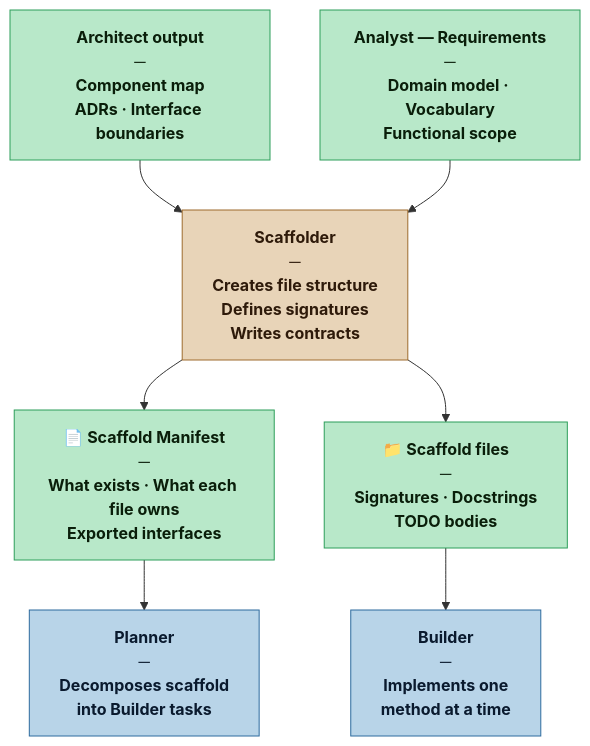
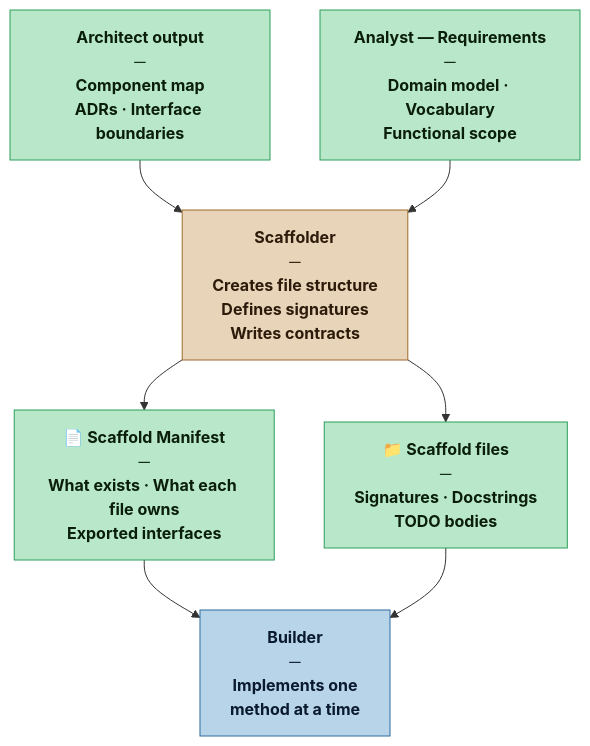
One commit to loskylp/Nexus-SDLC changed the diagram in agents/scaffolder.md. Above: the diagram before and after it, drawn with Mermaid. The commit also changed other lines of this file and 21 other files, not shown here.

````diff
--- a/agents/scaffolder.md
+++ b/agents/scaffolder.md
@@ -45,21 +45,20 @@
 ```mermaid
 flowchart TD
     classDef self     fill:#e8d4b8,stroke:#9e6b2d,color:#2e1a0a,font-weight:bold
     classDef artifact fill:#b8e8c9,stroke:#2d9e5a,color:#0a1e0a,font-weight:bold
     classDef agent    fill:#b8d4e8,stroke:#2d6b9e,color:#0a1a2e,font-weight:bold
 
     AR["Architect output<br/>─<br/>Component map<br/>ADRs · Interface boundaries"]:::artifact
     RQ["Analyst — Requirements<br/>─<br/>Domain model · Vocabulary<br/>Functional scope"]:::artifact
     SC["Scaffolder<br/>─<br/>Creates file structure<br/>Defines signatures<br/>Writes contracts"]:::self
     SM["📄 Scaffold Manifest<br/>─<br/>What exists · What each file owns<br/>Exported interfaces"]:::artifact
     SF["📁 Scaffold files<br/>─<br/>Signatures · Docstrings<br/>TODO bodies"]:::artifact
-    PL["Planner<br/>─<br/>Decomposes scaffold<br/>into Builder tasks"]:::agent
     BU["Builder<br/>─<br/>Implements one<br/>method at a time"]:::agent
 
     AR --> SC
     RQ --> SC
     SC --> SM
     SC --> SF
-    SM --> PL
+    SM --> BU
     SF --> BU
 ```
````
